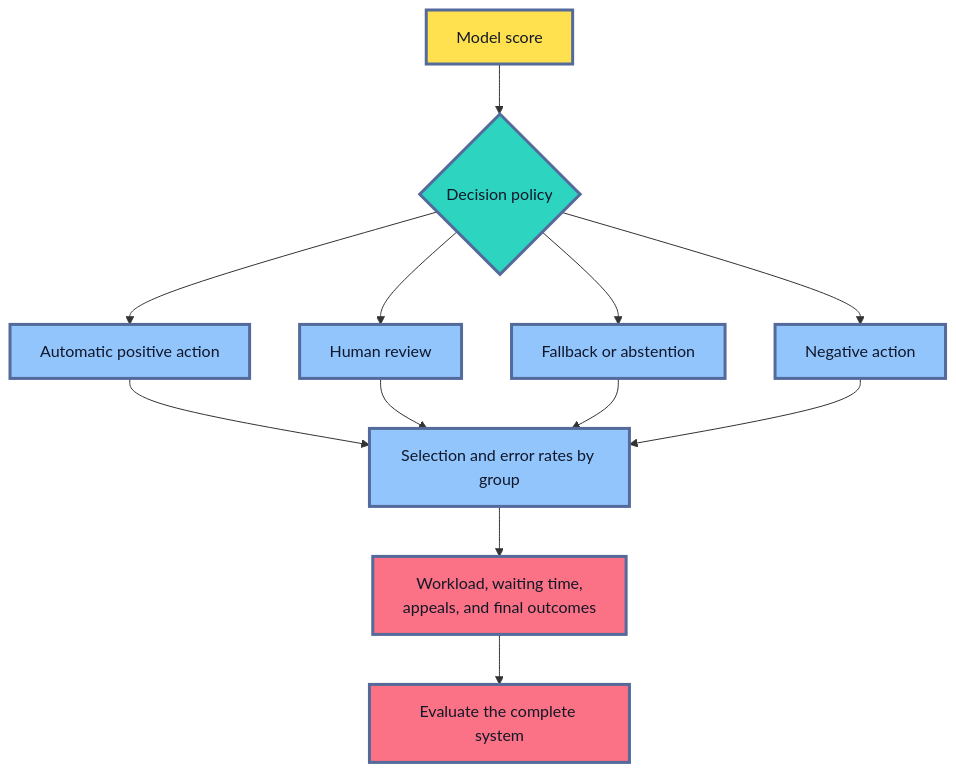
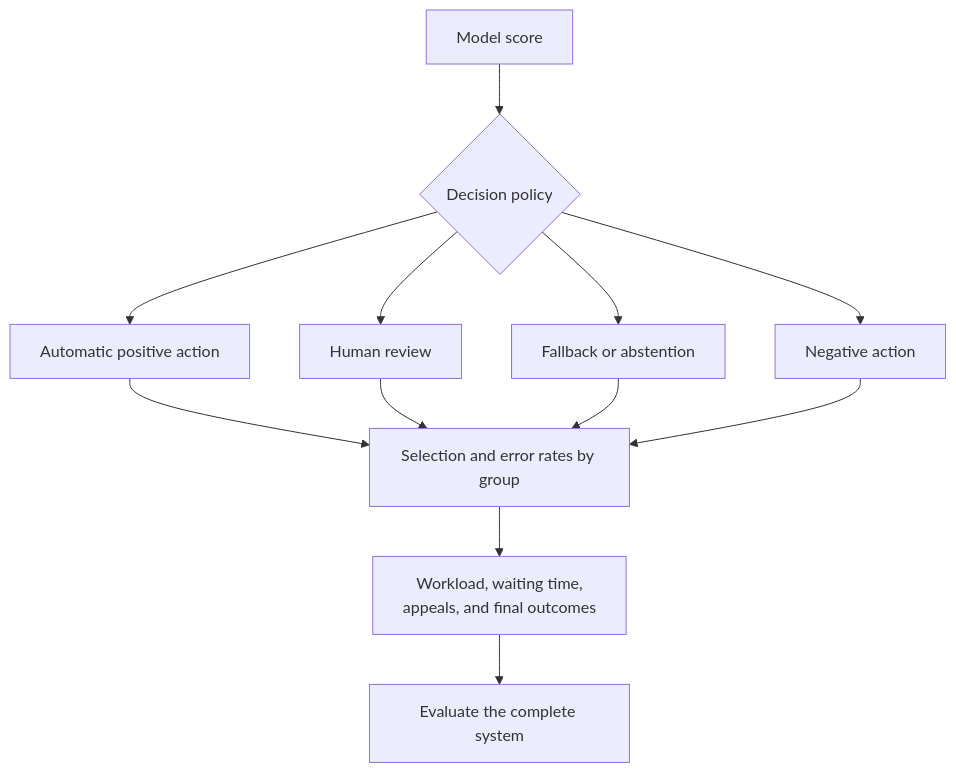
The ninth of 14 diagrams in roadmaps/mlops/modules/model-evaluation/production-readiness/02-bias-fairness-responsible-evaluation.md (senlinyy/dev-roadmaps), drawn with Mermaid before and after one commit. The commit also changed other lines of this file and 152 other files, not shown here.

Commit message:
feat: mlops and diagrams updated

````diff
--- a/roadmaps/mlops/modules/model-evaluation/production-readiness/02-bias-fairness-responsible-evaluation.md
+++ b/roadmaps/mlops/modules/model-evaluation/production-readiness/02-bias-fairness-responsible-evaluation.md
@@ -604,23 +579,19 @@
 ```mermaid
 flowchart TD
     A["Model score"] --> B{"Decision policy"}
     B --> C["Automatic positive action"]
     B --> D["Human review"]
     B --> E["Fallback or abstention"]
     B --> F["Negative action"]
     C --> G["Selection and error rates by group"]
     D --> G
     E --> G
     F --> G
     G --> H["Workload, waiting time,<br/>appeals, and final outcomes"]
     H --> I["Evaluate the complete system"]
 
-    classDef score fill:#FFE04F,stroke:#536A9A,stroke-width:3px,color:#111827
-    classDef policy fill:#2DD4BF,stroke:#536A9A,stroke-width:3px,color:#0F172A
-    classDef action fill:#93C5FD,stroke:#536A9A,stroke-width:3px,color:#0F172A
-    classDef outcome fill:#FB7185,stroke:#536A9A,stroke-width:3px,color:#111827
     class A score
     class B policy
     class C,D,E,F,G action
     class H,I outcome
 ```
````
